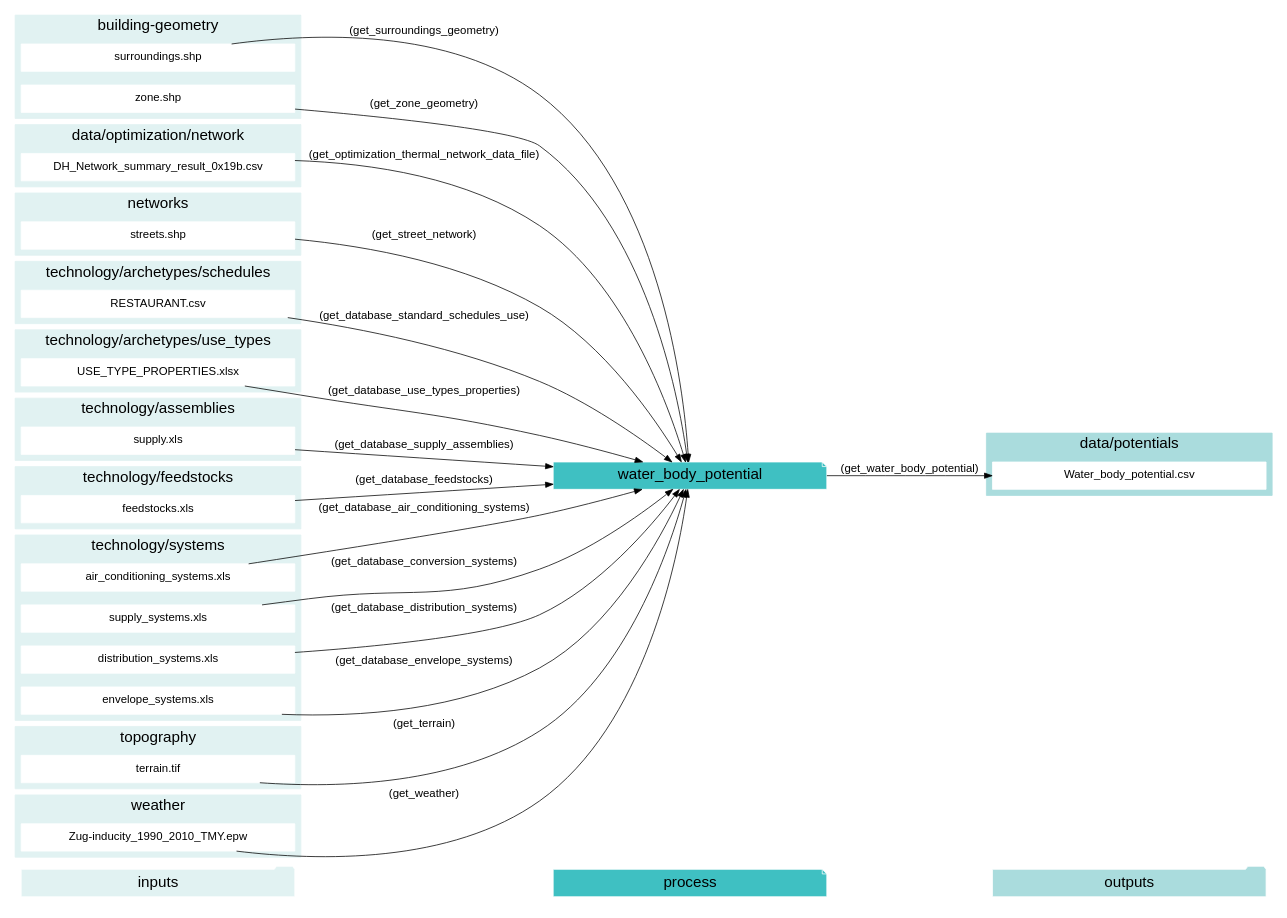
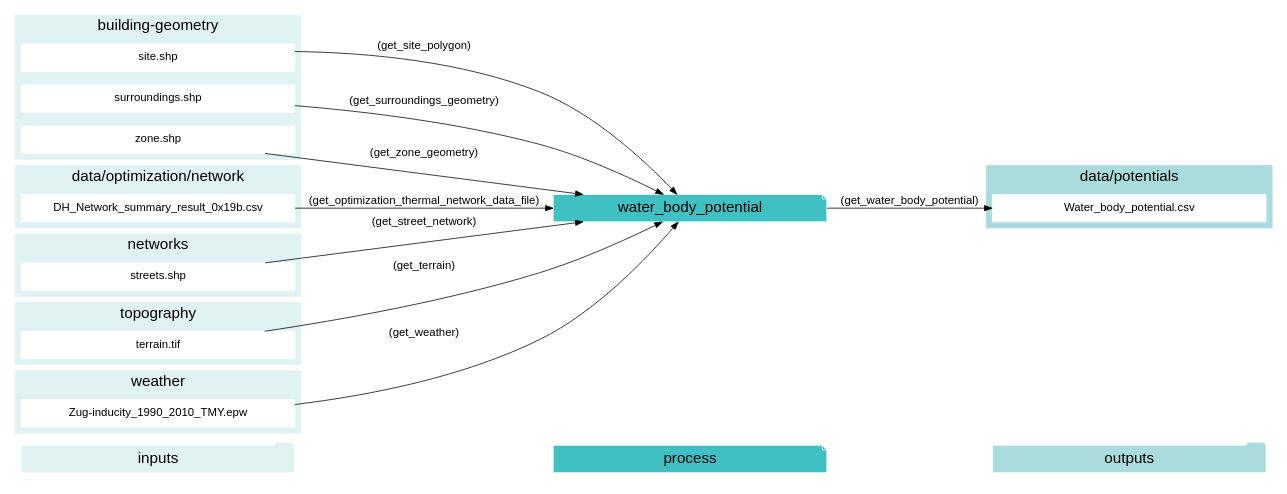
Before and after one commit to architecture-building-systems/CityEnergyAnalyst: the diagram in docs/graphviz/water_body_potential.gv, drawn with Graphviz. The commit also changed 24 other files, not shown here.

```diff
--- a/docs/graphviz/water_body_potential.gv
+++ b/docs/graphviz/water_body_potential.gv
@@ -1,124 +1,75 @@
 digraph trace_inputlocator {
     rankdir="LR";
     graph [overlap=false, fontname=arial];
     node [shape=box, style=filled, color=white, fontsize=15, fontname=arial, fixedsize=true, width=5];
     edge [fontname=arial, fontsize = 15]
     newrank=true
     subgraph cluster_legend {
     fontsize=25
     style=invis
     "process"[style=filled, fillcolor="#3FC0C2", shape=note, fontsize=20, fontname="arial"]
     "inputs" [style=filled, shape=folder, color=white, fillcolor="#E1F2F2", fontsize=20]
     "outputs"[style=filled, shape=folder, color=white, fillcolor="#aadcdd", fontsize=20]
     "inputs"->"process"[style=invis]
     "process"->"outputs"[style=invis]
     }
     "water_body_potential"[style=filled, color=white, fillcolor="#3FC0C2", shape=note, fontsize=20, fontname=arial];
     subgraph cluster_0_in {
         style = filled;
         color = "#E1F2F2";
         fontsize = 20;
         rank=same;
         label="building-geometry";
+        "site.shp"
         "surroundings.shp"
         "zone.shp"
     }
     subgraph cluster_1_in {
         style = filled;
         color = "#E1F2F2";
         fontsize = 20;
         rank=same;
         label="data/optimization/network";
         "DH_Network_summary_result_0x19b.csv"
     }
     subgraph cluster_2_out {
         style = filled;
         color = "#aadcdd";
         fontsize = 20;
         rank=same;
         label="data/potentials";
         "Water_body_potential.csv"
     }
     subgraph cluster_3_in {
         style = filled;
         color = "#E1F2F2";
         fontsize = 20;
         rank=same;
         label="networks";
         "streets.shp"
     }
     subgraph cluster_4_in {
         style = filled;
         color = "#E1F2F2";
         fontsize = 20;
         rank=same;
-        label="technology/archetypes/schedules";
-        "RESTAURANT.csv"
-    }
-    subgraph cluster_5_in {
-        style = filled;
-        color = "#E1F2F2";
-        fontsize = 20;
-        rank=same;
-        label="technology/archetypes/use_types";
-        "USE_TYPE_PROPERTIES.xlsx"
-    }
-    subgraph cluster_6_in {
-        style = filled;
-        color = "#E1F2F2";
-        fontsize = 20;
-        rank=same;
-        label="technology/assemblies";
-        "supply.xls"
-    }
-    subgraph cluster_7_in {
-        style = filled;
-        color = "#E1F2F2";
-        fontsize = 20;
-        rank=same;
-        label="technology/feedstocks";
-        "feedstocks.xls"
-    }
-    subgraph cluster_8_in {
-        style = filled;
-        color = "#E1F2F2";
-        fontsize = 20;
-        rank=same;
-        label="technology/systems";
-        "air_conditioning_systems.xls"
-        "supply_systems.xls"
-        "distribution_systems.xls"
-        "envelope_systems.xls"
-    }
-    subgraph cluster_9_in {
-        style = filled;
-        color = "#E1F2F2";
-        fontsize = 20;
-        rank=same;
         label="topography";
         "terrain.tif"
     }
-    subgraph cluster_10_in {
+    subgraph cluster_5_in {
         style = filled;
         color = "#E1F2F2";
         fontsize = 20;
         rank=same;
         label="weather";
         "Zug-inducity_1990_2010_TMY.epw"
     }
-    "air_conditioning_systems.xls" -> "water_body_potential"[label="(get_database_air_conditioning_systems)"]
-    "supply_systems.xls" -> "water_body_potential"[label="(get_database_conversion_systems)"]
-    "distribution_systems.xls" -> "water_body_potential"[label="(get_database_distribution_systems)"]
-    "envelope_systems.xls" -> "water_body_potential"[label="(get_database_envelope_systems)"]
-    "feedstocks.xls" -> "water_body_potential"[label="(get_database_feedstocks)"]
-    "RESTAURANT.csv" -> "water_body_potential"[label="(get_database_standard_schedules_use)"]
-    "supply.xls" -> "water_body_potential"[label="(get_database_supply_assemblies)"]
-    "USE_TYPE_PROPERTIES.xlsx" -> "water_body_potential"[label="(get_database_use_types_properties)"]
     "DH_Network_summary_result_0x19b.csv" -> "water_body_potential"[label="(get_optimization_thermal_network_data_file)"]
+    "site.shp" -> "water_body_potential"[label="(get_site_polygon)"]
     "streets.shp" -> "water_body_potential"[label="(get_street_network)"]
     "surroundings.shp" -> "water_body_potential"[label="(get_surroundings_geometry)"]
     "terrain.tif" -> "water_body_potential"[label="(get_terrain)"]
     "Zug-inducity_1990_2010_TMY.epw" -> "water_body_potential"[label="(get_weather)"]
     "zone.shp" -> "water_body_potential"[label="(get_zone_geometry)"]
     "water_body_potential" -> "Water_body_potential.csv"[label="(get_water_body_potential)"]
     }
```
